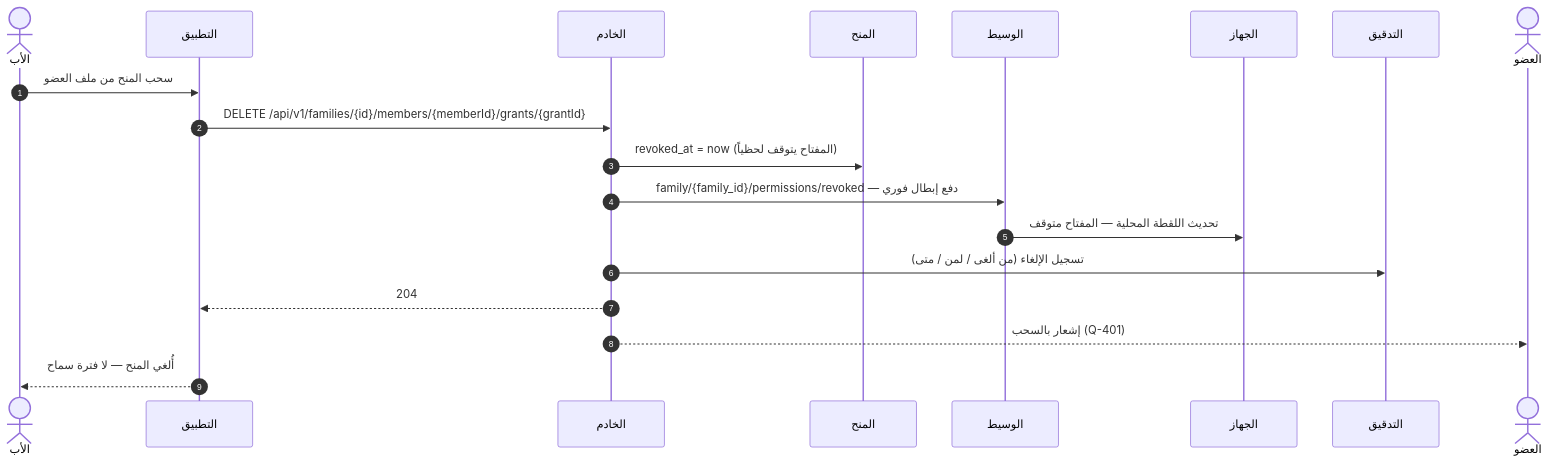
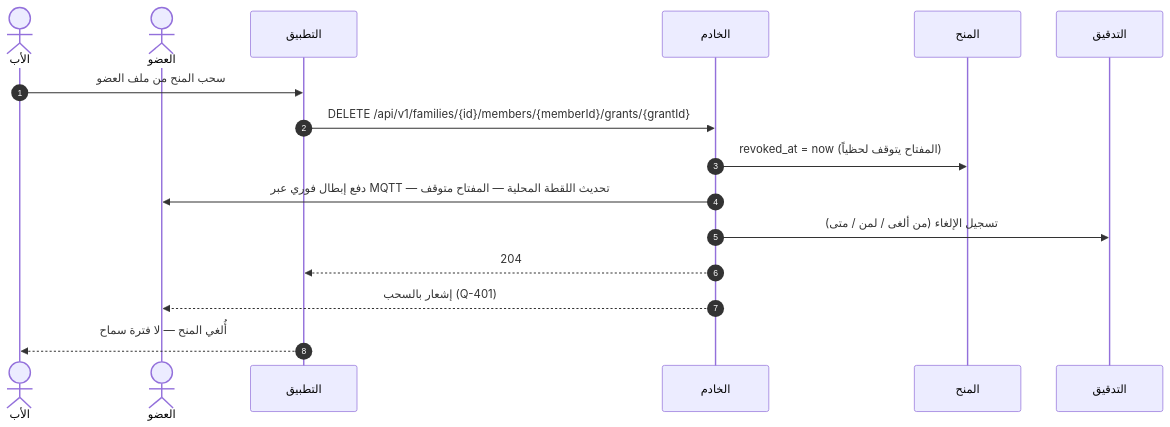
The eighth of 33 diagrams in docs/family-os/governance/phases/phase-1/S1-03-family-roles-and-permissions/DIAGRAMS.md (Bassam-mohammed-alqaeadi/family-os-v2), drawn with Mermaid before and after one commit. The commit also changed other lines of this file, not shown here.

````diff
--- a/docs/family-os/governance/phases/phase-1/S1-03-family-roles-and-permissions/DIAGRAMS.md
+++ b/docs/family-os/governance/phases/phase-1/S1-03-family-roles-and-permissions/DIAGRAMS.md
@@ -412,21 +424,18 @@
 ```mermaid
 sequenceDiagram
     autonumber
     actor Father as الأب
+    actor Member as العضو
     participant App as التطبيق
     participant Ktor as الخادم
     participant Grants as المنح
-    participant MQTT as الوسيط
-    participant Device as الجهاز
     participant Audit as التدقيق
-    actor Member as العضو
     Father->>App: سحب المنح من ملف العضو
     App->>Ktor: DELETE /api/v1/families/{id}/members/{memberId}/grants/{grantId}
     Ktor->>Grants: revoked_at = now (المفتاح يتوقف لحظياً)
-    Ktor->>MQTT: family/{family_id}/permissions/revoked — دفع إبطال فوري
-    MQTT->>Device: تحديث اللقطة المحلية — المفتاح متوقف
+    Ktor->>Member: دفع إبطال فوري عبر MQTT — تحديث اللقطة المحلية — المفتاح متوقف
     Ktor->>Audit: تسجيل الإلغاء (من ألغى / لمن / متى)
     Ktor-->>App: 204
     Ktor-->>Member: إشعار بالسحب (Q-401)
     App-->>Father: أُلغي المنح — لا فترة سماح
 ```
````
